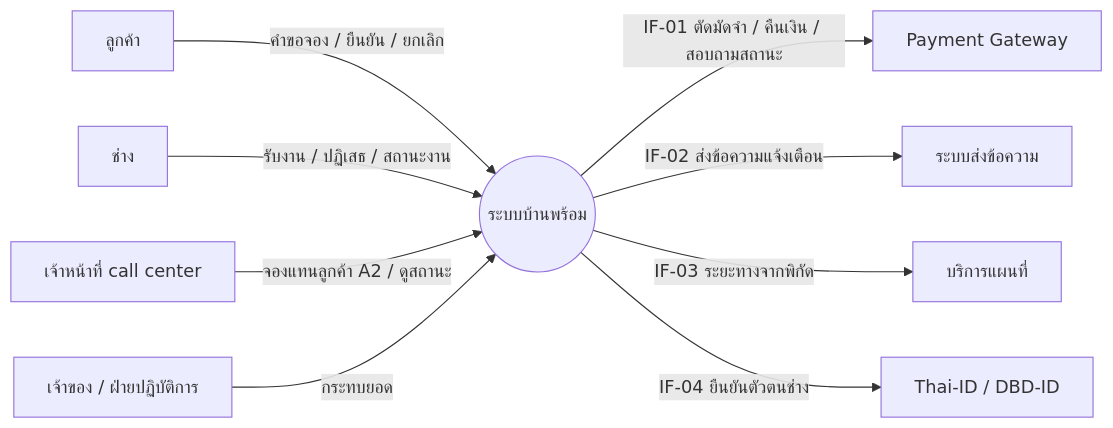
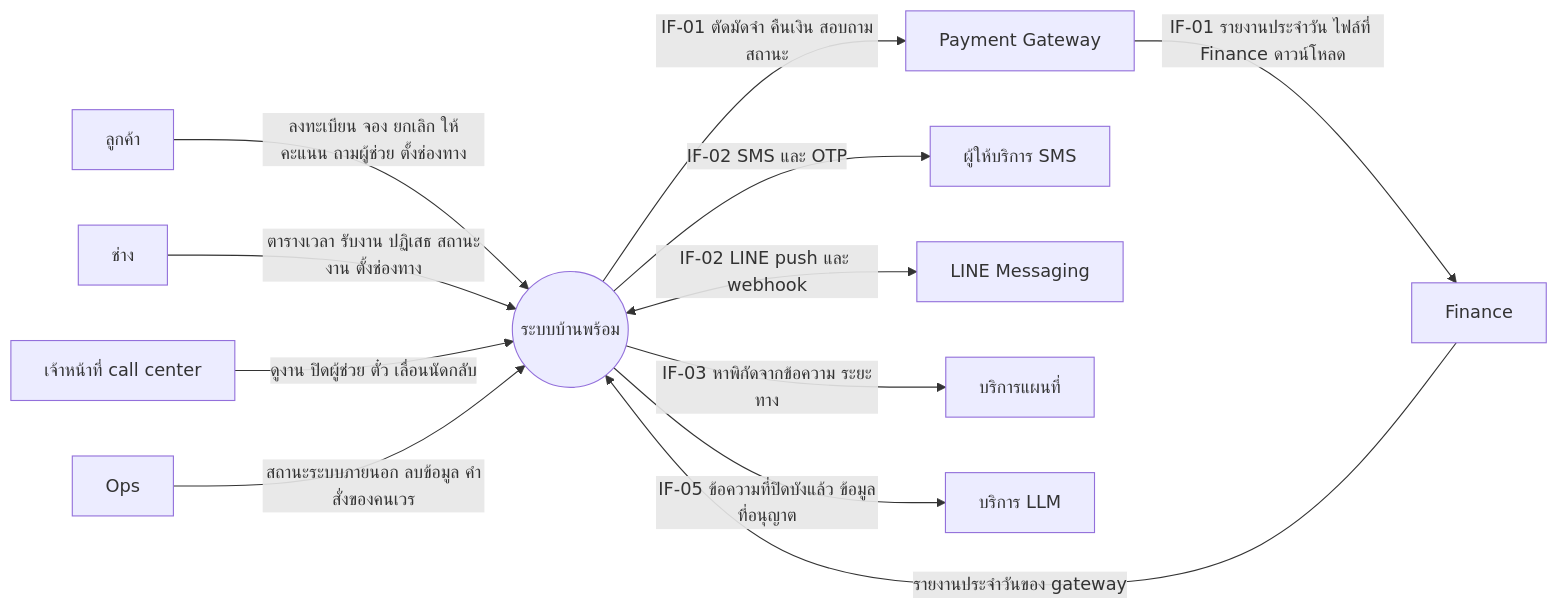
Before and after one commit to ppsajja/baanprom-sdd-08-complete: the second of 6 diagrams in docs/srs/models.md, drawn with Mermaid. The commit also changed other lines of this file and 196 other files, not shown here.

````diff
--- a/docs/srs/models.md
+++ b/docs/srs/models.md
@@ -87,11 +119,14 @@
 ```mermaid
 flowchart LR
-  C[ลูกค้า] -->|คำขอจอง / ยืนยัน / ยกเลิก| S((ระบบบ้านพร้อม))
-  T[ช่าง] -->|รับงาน / ปฏิเสธ / สถานะงาน| S
-  A[เจ้าหน้าที่ call center] -->|จองแทนลูกค้า A2 / ดูสถานะ| S
-  O[เจ้าของ / ฝ่ายปฏิบัติการ] -->|กระทบยอด| S
-  S -->|IF-01 ตัดมัดจำ / คืนเงิน / สอบถามสถานะ| PG[Payment Gateway]
-  S -->|IF-02 ส่งข้อความแจ้งเตือน| SMS[ระบบส่งข้อความ]
-  S -->|IF-03 ระยะทางจากพิกัด| MAP[บริการแผนที่]
-  S -->|IF-04 ยืนยันตัวตนช่าง| ID[Thai-ID / DBD-ID]
+  C[ลูกค้า] -->|ลงทะเบียน จอง ยกเลิก ให้คะแนน ถามผู้ช่วย ตั้งช่องทาง| S((ระบบบ้านพร้อม))
+  T[ช่าง] -->|ตารางเวลา รับงาน ปฏิเสธ สถานะงาน ตั้งช่องทาง| S
+  A[เจ้าหน้าที่ call center] -->|ดูงาน ปิดผู้ช่วย ตั๋ว เลื่อนนัดกลับ| S
+  F[Finance] -->|รายงานประจำวันของ gateway| S
+  O[Ops] -->|สถานะระบบภายนอก ลบข้อมูล คำสั่งของคนเวร| S
+  S -->|IF-01 ตัดมัดจำ คืนเงิน สอบถามสถานะ| PG[Payment Gateway]
+  PG -->|IF-01 รายงานประจำวัน ไฟล์ที่ Finance ดาวน์โหลด| F
+  S -->|IF-02 SMS และ OTP| SMS[ผู้ให้บริการ SMS]
+  S <-->|IF-02 LINE push และ webhook| LINE[LINE Messaging]
+  S -->|IF-03 หาพิกัดจากข้อความ ระยะทาง| MAP[บริการแผนที่]
+  S -->|IF-05 ข้อความที่ปิดบังแล้ว ข้อมูลที่อนุญาต| LLM[บริการ LLM]
 ```
````
